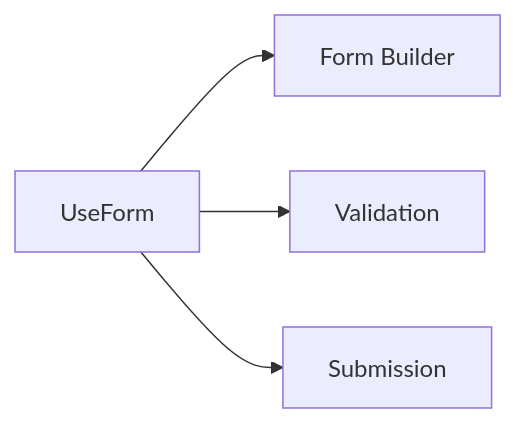
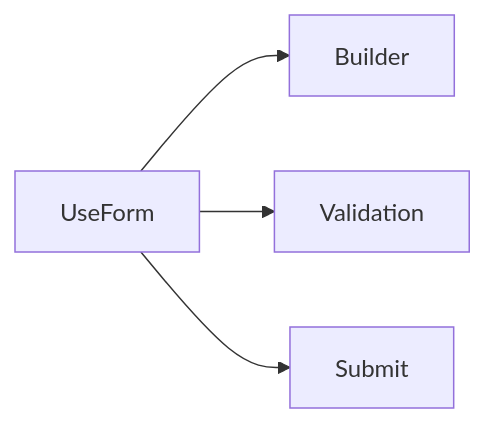
One commit to Ivy-Interactive/Ivy-Framework changed the seventh of 8 diagrams in src/Ivy.Docs.Shared/Docs/03_Hooks/01_HookIntroduction.md. Above: the diagram before and after it, drawn with Mermaid. The commit also changed other lines of this file, not shown here.

````diff
--- a/src/Ivy.Docs.Shared/Docs/03_Hooks/01_HookIntroduction.md
+++ b/src/Ivy.Docs.Shared/Docs/03_Hooks/01_HookIntroduction.md
@@ -781,6 +666,6 @@
 ```mermaid
-flowchart LR
-    A[UseForm] --> B[Form Builder]
+graph LR
+    A[UseForm] --> B[Builder]
     A --> C[Validation]
-    A --> D[Submission]
+    A --> D[Submit]
 ```
````
